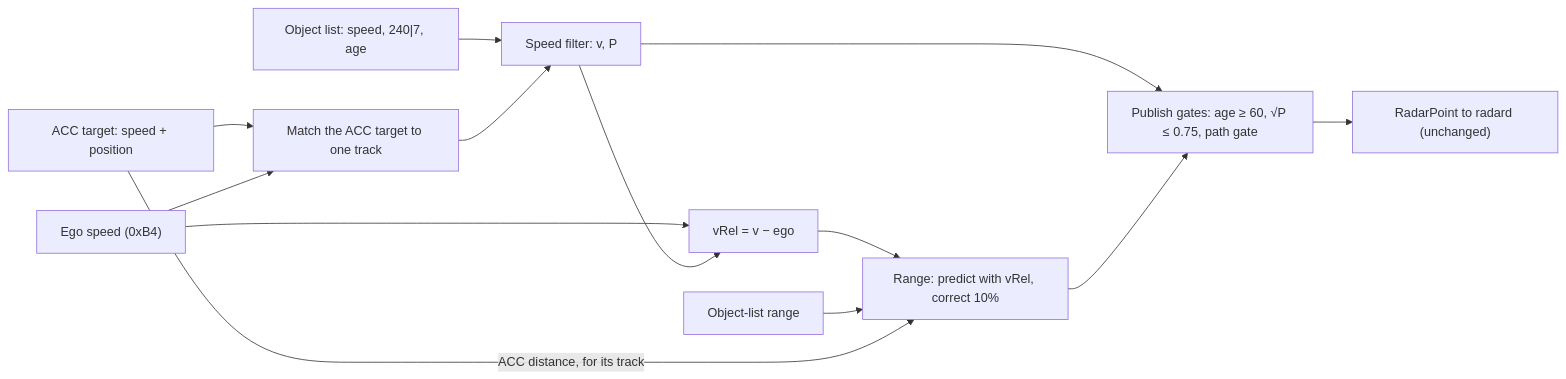
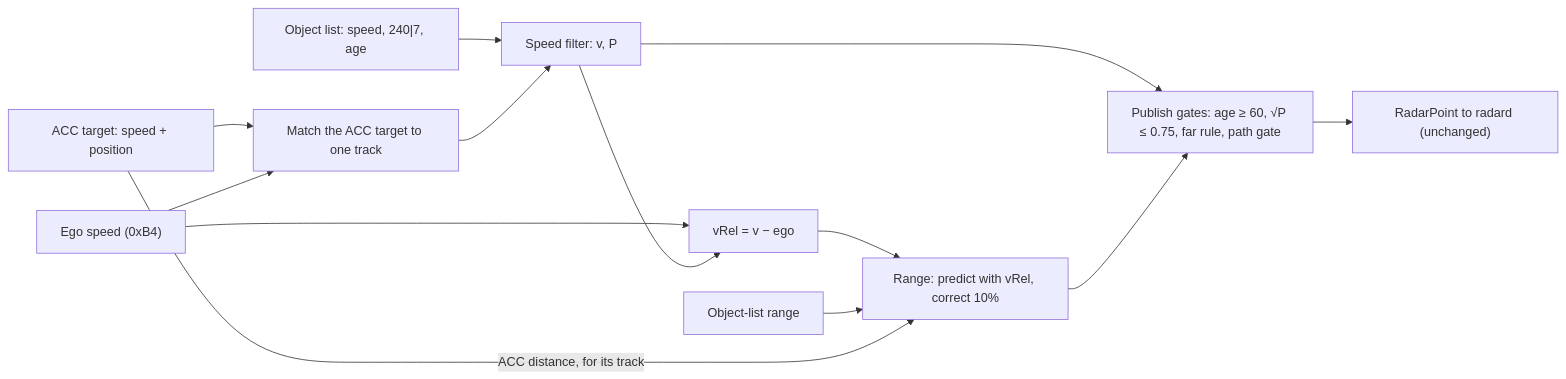
One commit to Mlnege/ars510-radar changed the diagram in docs/12_kalman_filter.md. Above: the diagram before and after it, drawn with Mermaid. The commit also changed other lines of this file and 161 other files, not shown here.

````diff
--- a/docs/12_kalman_filter.md
+++ b/docs/12_kalman_filter.md
@@ -34,15 +104,15 @@
 ```mermaid
 flowchart LR
   O["Object list: speed, 240|7, age"] --> K["Speed filter: v, P"]
   A["ACC target: speed + position"] --> M["Match the ACC target to one track"]
   M --> K
   E["Ego speed (0xB4)"] --> M
   E --> V["vRel = v − ego"]
   K --> V
   V --> R["Range: predict with vRel, correct 10%"]
   D["Object-list range"] --> R
   A -- "ACC distance, for its track" --> R
-  K --> G["Publish gates: age ≥ 60, √P ≤ 0.75, path gate"]
+  K --> G["Publish gates: age ≥ 60, √P ≤ 0.75, far rule, path gate"]
   R --> G
   G --> P["RadarPoint to radard (unchanged)"]
 ```
````
